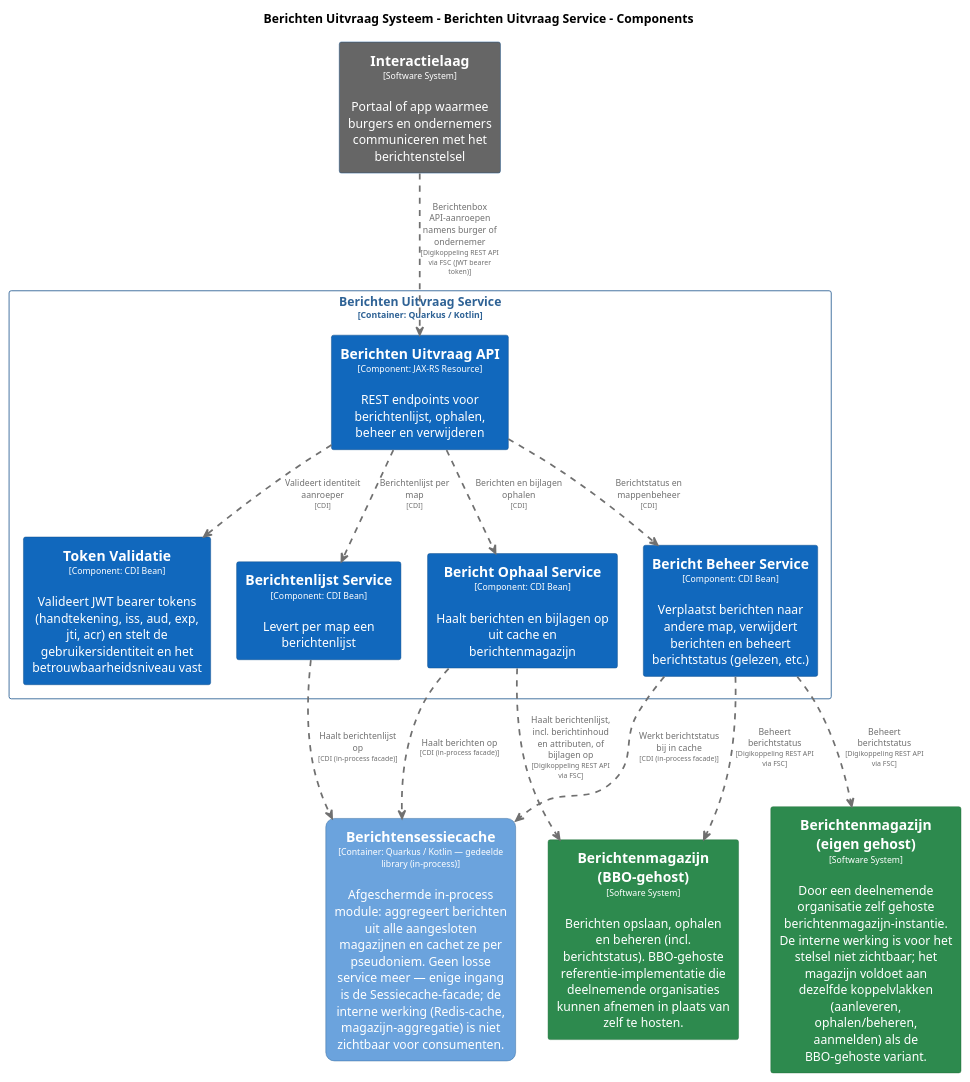
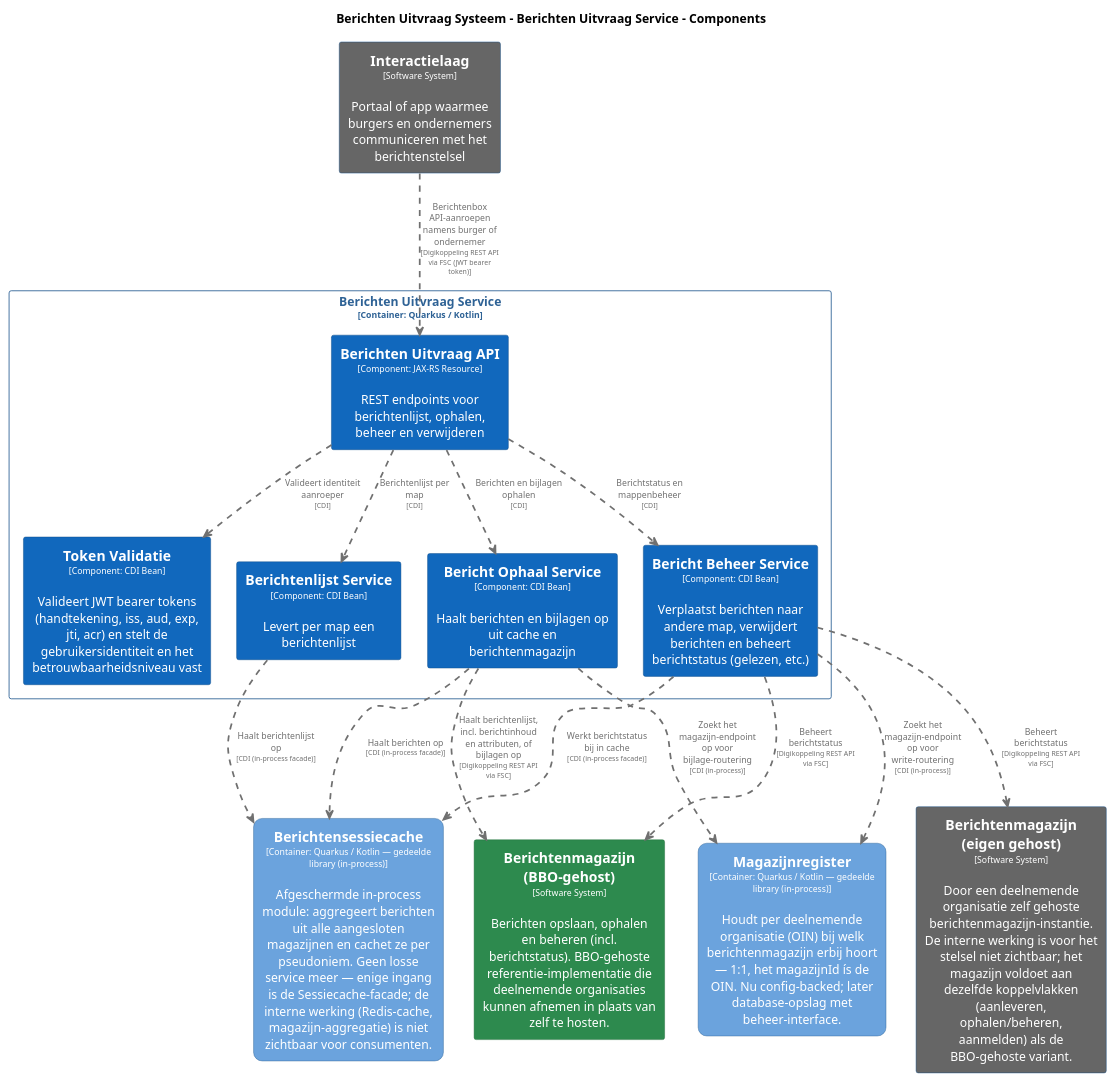
The diagram in pr-preview/pr-95/master/puml/BerichtenUitvraagServiceComponenten.puml (MinBZK/moza-poc-fbs-berichtenbox), drawn with PlantUML before and after one commit. The commit also changed 81 other files, not shown here.

```diff
--- a/pr-preview/pr-95/master/puml/BerichtenUitvraagServiceComponenten.puml
+++ b/pr-preview/pr-95/master/puml/BerichtenUitvraagServiceComponenten.puml
@@ -1,103 +1,113 @@
 @startuml
 set separator none
 title Berichten Uitvraag Systeem - Berichten Uitvraag Service - Components
 
 top to bottom direction
 skinparam ranksep 60
 skinparam nodesep 30
 
 skinparam {
   arrowFontSize 10
   defaultTextAlignment center
   wrapWidth 200
   maxMessageSize 100
 }
 
 hide stereotype
 
 skinparam rectangle<<BerichtenUitvraagSysteem.BerichtenUitvraagService.BerichtBeheerService>> {
   BackgroundColor #1168bd
   FontColor #ffffff
   BorderColor #0b4884
   shadowing false
 }
 skinparam rectangle<<BerichtenUitvraagSysteem.BerichtenUitvraagService.BerichtOphaalService>> {
   BackgroundColor #1168bd
   FontColor #ffffff
   BorderColor #0b4884
   shadowing false
 }
 skinparam rectangle<<BerichtenUitvraagSysteem.BerichtenUitvraagService.BerichtenUitvraagAPI>> {
   BackgroundColor #1168bd
   FontColor #ffffff
   BorderColor #0b4884
   shadowing false
 }
 skinparam rectangle<<BerichtenUitvraagSysteem.BerichtenUitvraagService.BerichtenlijstService>> {
   BackgroundColor #1168bd
   FontColor #ffffff
   BorderColor #0b4884
   shadowing false
 }
 skinparam rectangle<<BerichtenmagazijnBBOgehost>> {
   BackgroundColor #2d8a4e
   FontColor #ffffff
   BorderColor #1e6b38
   shadowing false
 }
 skinparam rectangle<<Berichtenmagazijneigengehost>> {
-  BackgroundColor #2d8a4e
+  BackgroundColor #666666
   FontColor #ffffff
-  BorderColor #1e6b38
+  BorderColor #0b4884
   shadowing false
 }
 skinparam rectangle<<BerichtenUitvraagSysteem.Berichtensessiecache>> {
   BackgroundColor #6ba3dd
   FontColor #ffffff
   BorderColor #2e6295
   roundCorner 20
   shadowing false
 }
 skinparam rectangle<<Interactielaag>> {
   BackgroundColor #666666
   FontColor #ffffff
   BorderColor #0b4884
+  shadowing false
+}
+skinparam rectangle<<BerichtenUitvraagSysteem.Magazijnregister>> {
+  BackgroundColor #6ba3dd
+  FontColor #ffffff
+  BorderColor #2e6295
+  roundCorner 20
   shadowing false
 }
 skinparam rectangle<<BerichtenUitvraagSysteem.BerichtenUitvraagService.TokenValidatie>> {
   BackgroundColor #1168bd
   FontColor #ffffff
   BorderColor #0b4884
   shadowing false
 }
 skinparam rectangle<<BerichtenUitvraagSysteem.BerichtenUitvraagService>> {
   BorderColor #2e6295
   FontColor #2e6295
   shadowing false
 }
 
 rectangle "==Interactielaag\n<size:10>[Software System]</size>\n\nPortaal of app waarmee burgers en ondernemers communiceren met het berichtenstelsel" <<Interactielaag>> as Interactielaag
 rectangle "==Berichtenmagazijn (eigen gehost)\n<size:10>[Software System]</size>\n\nDoor een deelnemende organisatie zelf gehoste berichtenmagazijn-instantie. De interne werking is voor het stelsel niet zichtbaar; het magazijn voldoet aan dezelfde koppelvlakken (aanleveren, ophalen/beheren, aanmelden) als de BBO-gehoste variant." <<Berichtenmagazijneigengehost>> as Berichtenmagazijneigengehost
 rectangle "==Berichtenmagazijn (BBO-gehost)\n<size:10>[Software System]</size>\n\nBerichten opslaan, ophalen en beheren (incl. berichtstatus). BBO-gehoste referentie-implementatie die deelnemende organisaties kunnen afnemen in plaats van zelf te hosten." <<BerichtenmagazijnBBOgehost>> as BerichtenmagazijnBBOgehost
 rectangle "==Berichtensessiecache\n<size:10>[Container: Quarkus / Kotlin — gedeelde library (in-process)]</size>\n\nAfgeschermde in-process module: aggregeert berichten uit alle aangesloten magazijnen en cachet ze per pseudoniem. Geen losse service meer — enige ingang is de Sessiecache-facade; de interne werking (Redis-cache, magazijn-aggregatie) is niet zichtbaar voor consumenten." <<BerichtenUitvraagSysteem.Berichtensessiecache>> as BerichtenUitvraagSysteem.Berichtensessiecache
+rectangle "==Magazijnregister\n<size:10>[Container: Quarkus / Kotlin — gedeelde library (in-process)]</size>\n\nHoudt per deelnemende organisatie (OIN) bij welk berichtenmagazijn erbij hoort — 1:1, het magazijnId ís de OIN. Nu config-backed; later database-opslag met beheer-interface." <<BerichtenUitvraagSysteem.Magazijnregister>> as BerichtenUitvraagSysteem.Magazijnregister
 
 rectangle "Berichten Uitvraag Service\n<size:10>[Container: Quarkus / Kotlin]</size>" <<BerichtenUitvraagSysteem.BerichtenUitvraagService>> {
   rectangle "==Berichten Uitvraag API\n<size:10>[Component: JAX-RS Resource]</size>\n\nREST endpoints voor berichtenlijst, ophalen, beheer en verwijderen" <<BerichtenUitvraagSysteem.BerichtenUitvraagService.BerichtenUitvraagAPI>> as BerichtenUitvraagSysteem.BerichtenUitvraagService.BerichtenUitvraagAPI
   rectangle "==Token Validatie\n<size:10>[Component: CDI Bean]</size>\n\nValideert JWT bearer tokens (handtekening, iss, aud, exp, jti, acr) en stelt de gebruikersidentiteit en het betrouwbaarheidsniveau vast" <<BerichtenUitvraagSysteem.BerichtenUitvraagService.TokenValidatie>> as BerichtenUitvraagSysteem.BerichtenUitvraagService.TokenValidatie
   rectangle "==Berichtenlijst Service\n<size:10>[Component: CDI Bean]</size>\n\nLevert per map een berichtenlijst" <<BerichtenUitvraagSysteem.BerichtenUitvraagService.BerichtenlijstService>> as BerichtenUitvraagSysteem.BerichtenUitvraagService.BerichtenlijstService
   rectangle "==Bericht Ophaal Service\n<size:10>[Component: CDI Bean]</size>\n\nHaalt berichten en bijlagen op uit cache en berichtenmagazijn" <<BerichtenUitvraagSysteem.BerichtenUitvraagService.BerichtOphaalService>> as BerichtenUitvraagSysteem.BerichtenUitvraagService.BerichtOphaalService
   rectangle "==Bericht Beheer Service\n<size:10>[Component: CDI Bean]</size>\n\nVerplaatst berichten naar andere map, verwijdert berichten en beheert berichtstatus (gelezen, etc.)" <<BerichtenUitvraagSysteem.BerichtenUitvraagService.BerichtBeheerService>> as BerichtenUitvraagSysteem.BerichtenUitvraagService.BerichtBeheerService
 }
 
+BerichtenUitvraagSysteem.BerichtenUitvraagService.BerichtBeheerService .[#707070,thickness=2].> BerichtenmagazijnBBOgehost : "<color:#707070>Beheert berichtstatus\n<color:#707070><size:8>[Digikoppeling REST API via FSC]</size>"
 BerichtenUitvraagSysteem.BerichtenUitvraagService.BerichtBeheerService .[#707070,thickness=2].> Berichtenmagazijneigengehost : "<color:#707070>Beheert berichtstatus\n<color:#707070><size:8>[Digikoppeling REST API via FSC]</size>"
 BerichtenUitvraagSysteem.BerichtenUitvraagService.BerichtenUitvraagAPI .[#707070,thickness=2].> BerichtenUitvraagSysteem.BerichtenUitvraagService.TokenValidatie : "<color:#707070>Valideert identiteit aanroeper\n<color:#707070><size:8>[CDI]</size>"
 BerichtenUitvraagSysteem.BerichtenUitvraagService.BerichtenUitvraagAPI .[#707070,thickness=2].> BerichtenUitvraagSysteem.BerichtenUitvraagService.BerichtenlijstService : "<color:#707070>Berichtenlijst per map\n<color:#707070><size:8>[CDI]</size>"
 BerichtenUitvraagSysteem.BerichtenUitvraagService.BerichtenUitvraagAPI .[#707070,thickness=2].> BerichtenUitvraagSysteem.BerichtenUitvraagService.BerichtOphaalService : "<color:#707070>Berichten en bijlagen ophalen\n<color:#707070><size:8>[CDI]</size>"
 BerichtenUitvraagSysteem.BerichtenUitvraagService.BerichtenUitvraagAPI .[#707070,thickness=2].> BerichtenUitvraagSysteem.BerichtenUitvraagService.BerichtBeheerService : "<color:#707070>Berichtstatus en mappenbeheer\n<color:#707070><size:8>[CDI]</size>"
 BerichtenUitvraagSysteem.BerichtenUitvraagService.BerichtOphaalService .[#707070,thickness=2].> BerichtenUitvraagSysteem.Berichtensessiecache : "<color:#707070>Haalt berichten op\n<color:#707070><size:8>[CDI (in-process facade)]</size>"
 BerichtenUitvraagSysteem.BerichtenUitvraagService.BerichtenlijstService .[#707070,thickness=2].> BerichtenUitvraagSysteem.Berichtensessiecache : "<color:#707070>Haalt berichtenlijst op\n<color:#707070><size:8>[CDI (in-process facade)]</size>"
 BerichtenUitvraagSysteem.BerichtenUitvraagService.BerichtBeheerService .[#707070,thickness=2].> BerichtenUitvraagSysteem.Berichtensessiecache : "<color:#707070>Werkt berichtstatus bij in cache\n<color:#707070><size:8>[CDI (in-process facade)]</size>"
+BerichtenUitvraagSysteem.BerichtenUitvraagService.BerichtOphaalService .[#707070,thickness=2].> BerichtenUitvraagSysteem.Magazijnregister : "<color:#707070>Zoekt het magazijn-endpoint op voor bijlage-routering\n<color:#707070><size:8>[CDI (in-process)]</size>"
+BerichtenUitvraagSysteem.BerichtenUitvraagService.BerichtBeheerService .[#707070,thickness=2].> BerichtenUitvraagSysteem.Magazijnregister : "<color:#707070>Zoekt het magazijn-endpoint op voor write-routering\n<color:#707070><size:8>[CDI (in-process)]</size>"
 Interactielaag .[#707070,thickness=2].> BerichtenUitvraagSysteem.BerichtenUitvraagService.BerichtenUitvraagAPI : "<color:#707070>Berichtenbox API-aanroepen namens burger of ondernemer\n<color:#707070><size:8>[Digikoppeling REST API via FSC (JWT bearer token)]</size>"
 BerichtenUitvraagSysteem.BerichtenUitvraagService.BerichtOphaalService .[#707070,thickness=2].> BerichtenmagazijnBBOgehost : "<color:#707070>Haalt berichtenlijst, incl. berichtinhoud en attributen, of bijlagen op\n<color:#707070><size:8>[Digikoppeling REST API via FSC]</size>"
-BerichtenUitvraagSysteem.BerichtenUitvraagService.BerichtBeheerService .[#707070,thickness=2].> BerichtenmagazijnBBOgehost : "<color:#707070>Beheert berichtstatus\n<color:#707070><size:8>[Digikoppeling REST API via FSC]</size>"
 @enduml
```
